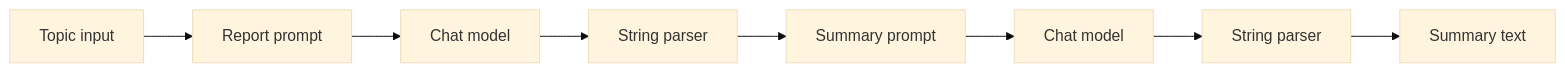
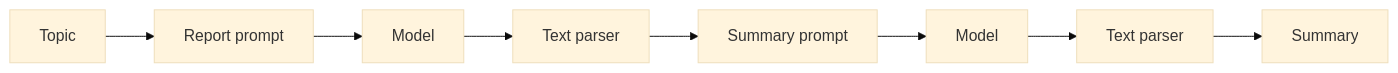
One commit to Harshit1676/LangChain-Learning-Journey changed the fourth of 4 diagrams in README.md. Above: the diagram before and after it, drawn with Mermaid (base theme). The commit also changed other lines of this file, not shown here.

````diff
--- a/README.md
+++ b/README.md
@@ -235,5 +233,5 @@
 ```mermaid
 flowchart LR
-    A[Topic input] --> B[Report prompt] --> C[Chat model] --> D[String parser]
-    D --> E[Summary prompt] --> F[Chat model] --> G[String parser] --> H[Summary text]
+    A[Topic] --> B[Report prompt] --> C[Model] --> D[Text parser]
+    D --> E[Summary prompt] --> F[Model] --> G[Text parser] --> H[Summary]
 ```
````
